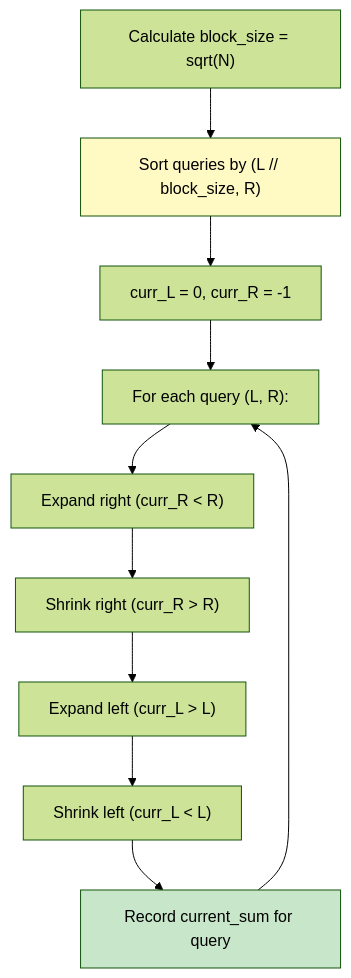
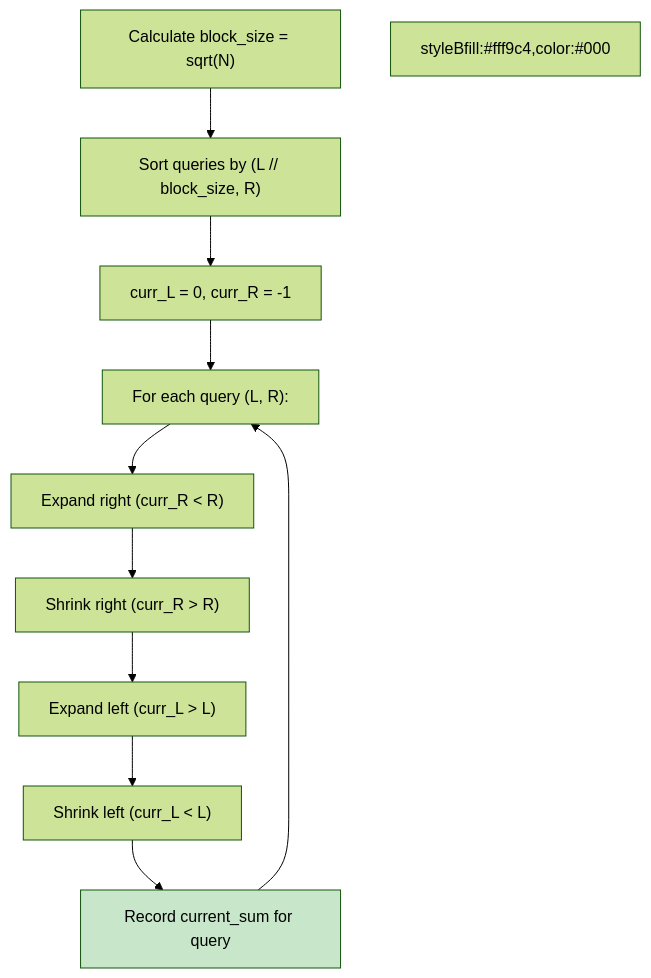
The diagram in 37 - MO's Algorithm/problem_01_range_sum_walkthrough.md (vadde/DSA), drawn with Mermaid (forest theme) before and after one commit. The commit also changed 245 other files, not shown here.

First line of the commit message:
fix: Forensic fix of all Mermaid rendering issues across entire DSA repo + add pre-commit validation infrastructure

````diff
--- a/37 - MO's Algorithm/problem_01_range_sum_walkthrough.md
+++ b/37 - MO's Algorithm/problem_01_range_sum_walkthrough.md
@@ -52,17 +52,17 @@
 ```mermaid
 flowchart TD
     A["Calculate block_size = sqrt(N)"] --> B["Sort queries by (L // block_size, R)"]
     B --> C["curr_L = 0, curr_R = -1"]
     
     C --> D["For each query (L, R):"]
     D --> E["Expand right (curr_R < R)"]
     E --> F["Shrink right (curr_R > R)"]
     F --> G["Expand left (curr_L > L)"]
     G --> H["Shrink left (curr_L < L)"]
     
     H --> I["Record current_sum for query"]
     I --> D
-    
-    style B fill:#fff9c4,color:#000
+
+styleBfill:#fff9c4,color:#000
     style I fill:#c8e6c9,color:#000
 ```
````
